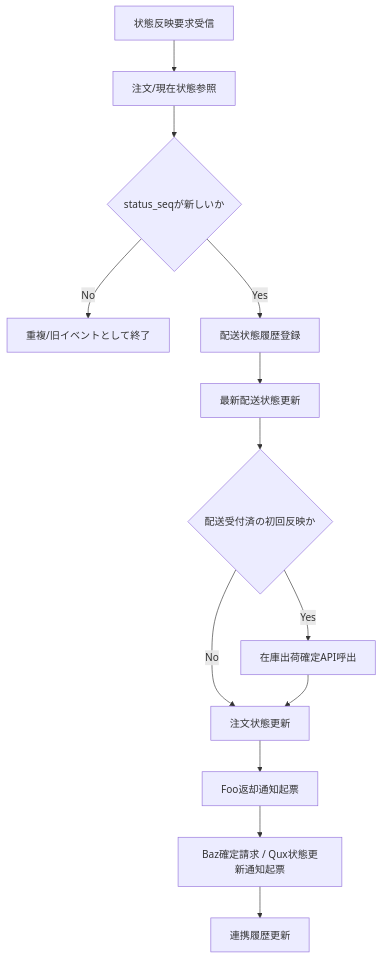
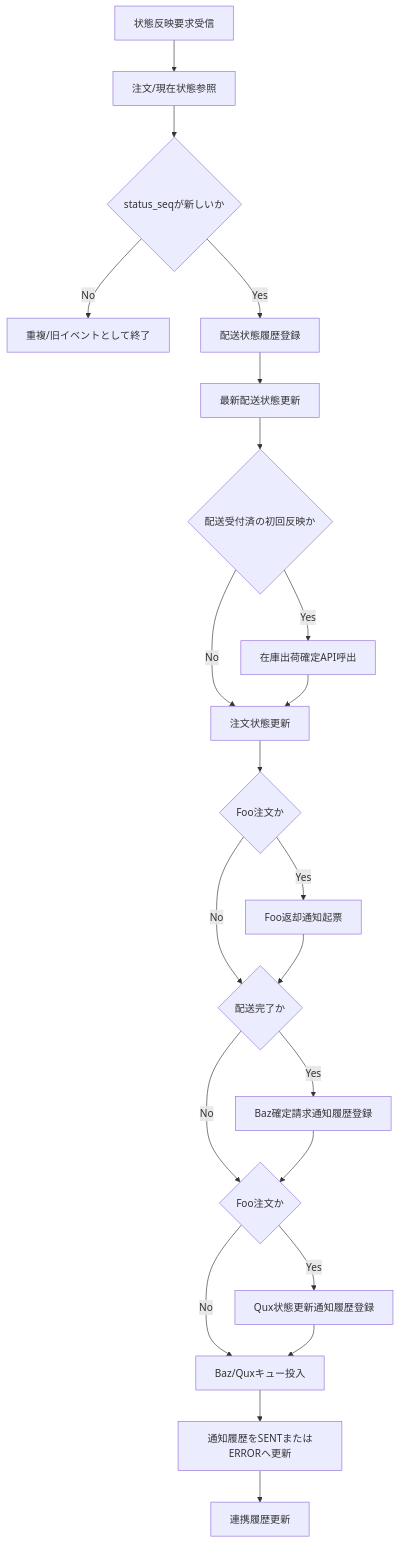
One commit to CalorieMateEater/training-project-logistics-company changed the diagram in docs/自社内部設計/業務設計/処理設計書/PDS-005_配送状態取込Worker処理設計書.md. Above: the diagram before and after it, drawn with Mermaid. The commit also changed other lines of this file and 66 other files, not shown here.

````diff
--- a/docs/自社内部設計/業務設計/処理設計書/PDS-005_配送状態取込Worker処理設計書.md
+++ b/docs/自社内部設計/業務設計/処理設計書/PDS-005_配送状態取込Worker処理設計書.md
@@ -13,15 +13,24 @@
 ```mermaid
 flowchart TD
     A[状態反映要求受信] --> B[注文/現在状態参照]
     B --> C{status_seqが新しいか}
     C -- No --> D[重複/旧イベントとして終了]
     C -- Yes --> E[配送状態履歴登録]
     E --> F[最新配送状態更新]
     F --> G{配送受付済の初回反映か}
     G -- Yes --> H[在庫出荷確定API呼出]
     G -- No --> I[注文状態更新]
     H --> I
-    I --> J[Foo返却通知起票]
-    J --> K[Baz確定請求 / Qux状態更新通知起票]
-    K --> L[連携履歴更新]
+    I --> J{Foo注文か}
+    J -- Yes --> T[Foo返却通知起票]
+    J -- No --> K{配送完了か}
+    T --> K
+    K -- Yes --> R[Baz確定請求通知履歴登録]
+    K -- No --> P{Foo注文か}
+    R --> P
+    P -- Yes --> Q[Qux状態更新通知履歴登録]
+    P -- No --> L[Baz/Quxキュー投入]
+    Q --> L
+    L --> M[通知履歴をSENTまたはERRORへ更新]
+    M --> N[連携履歴更新]
 ```
````
